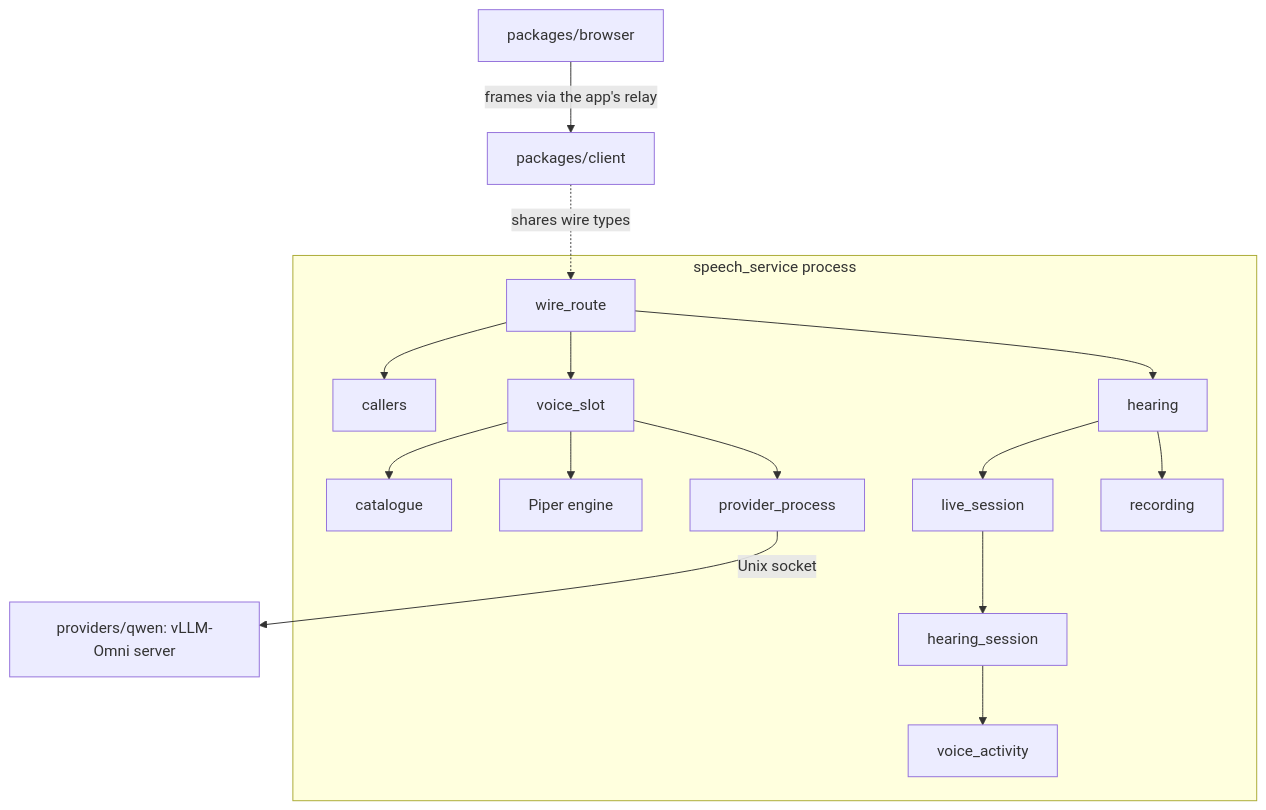
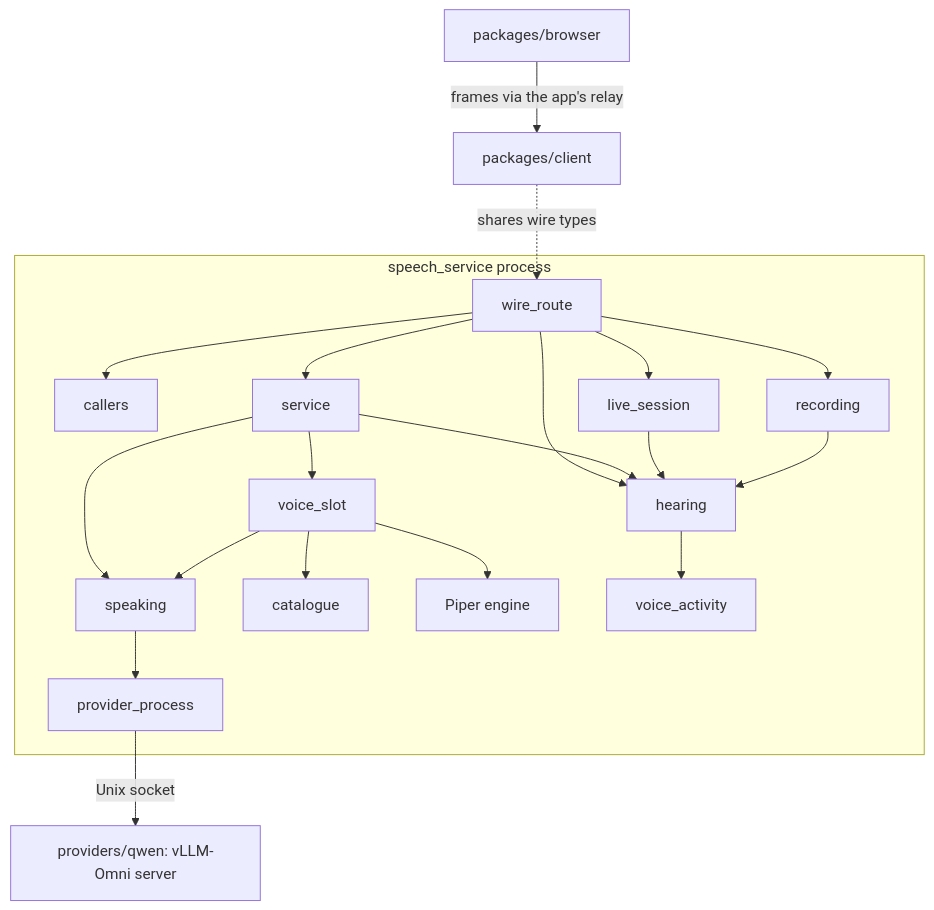
One commit to overnightworks/speech changed the second of 3 diagrams in docs/ARCHITECTURE.md. Above: the diagram before and after it, drawn with Mermaid. The commit also changed other lines of this file, not shown here.

Commit message:
The building block diagram draws the dependencies in their real direction
live_session and recording import hearing, not the reverse, and wire_route
imports service, which wires voice_slot, hearing and speaking. The diagram
also drew wire_route to voice_slot and voice_slot to provider_process, which
no import has. The diagram now shows those edges as the code has them, and
the module sentence drops clock.py to hold the 200-line budget of #475.

````diff
--- a/docs/ARCHITECTURE.md
+++ b/docs/ARCHITECTURE.md
@@ -24,12 +24,13 @@
 ```mermaid
 flowchart TB
     subgraph process[speech_service process]
-        wire_route --> callers & voice_slot & hearing
-        voice_slot --> catalogue & piper[Piper engine] & provider_process
-        hearing --> live_session --> hearing_session --> voice_activity
-        hearing --> recording
+        wire_route --> callers & hearing & live_session & recording & service
+        service --> voice_slot & hearing & speaking
+        voice_slot --> catalogue & piper[Piper engine] & speaking
+        speaking --> provider_process
+        live_session & recording --> hearing --> voice_activity
     end
     provider_process -->|Unix socket| qwen["providers/qwen: vLLM-Omni server"]
     client["packages/client"] -. shares wire types .-> wire_route
     browser["packages/browser"] -->|frames via the app's relay| client
 ```
````
